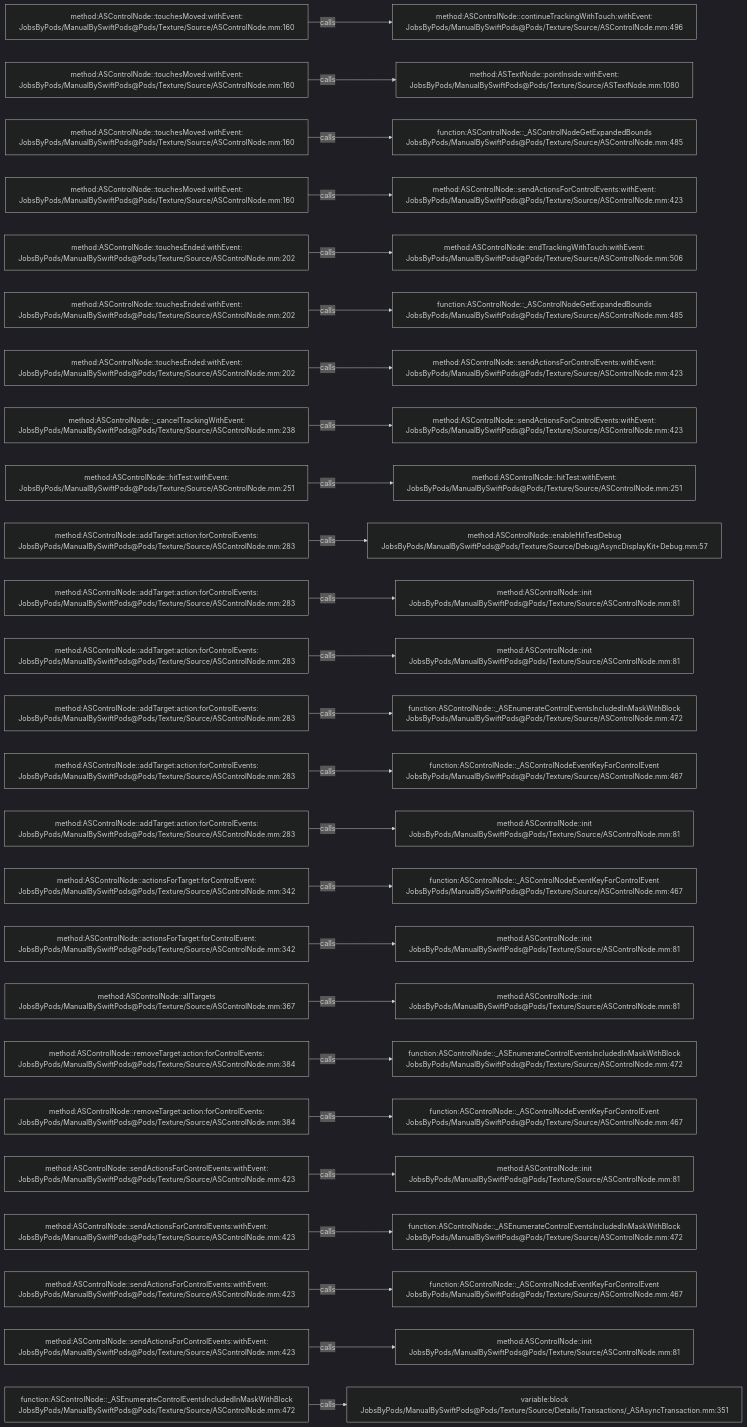
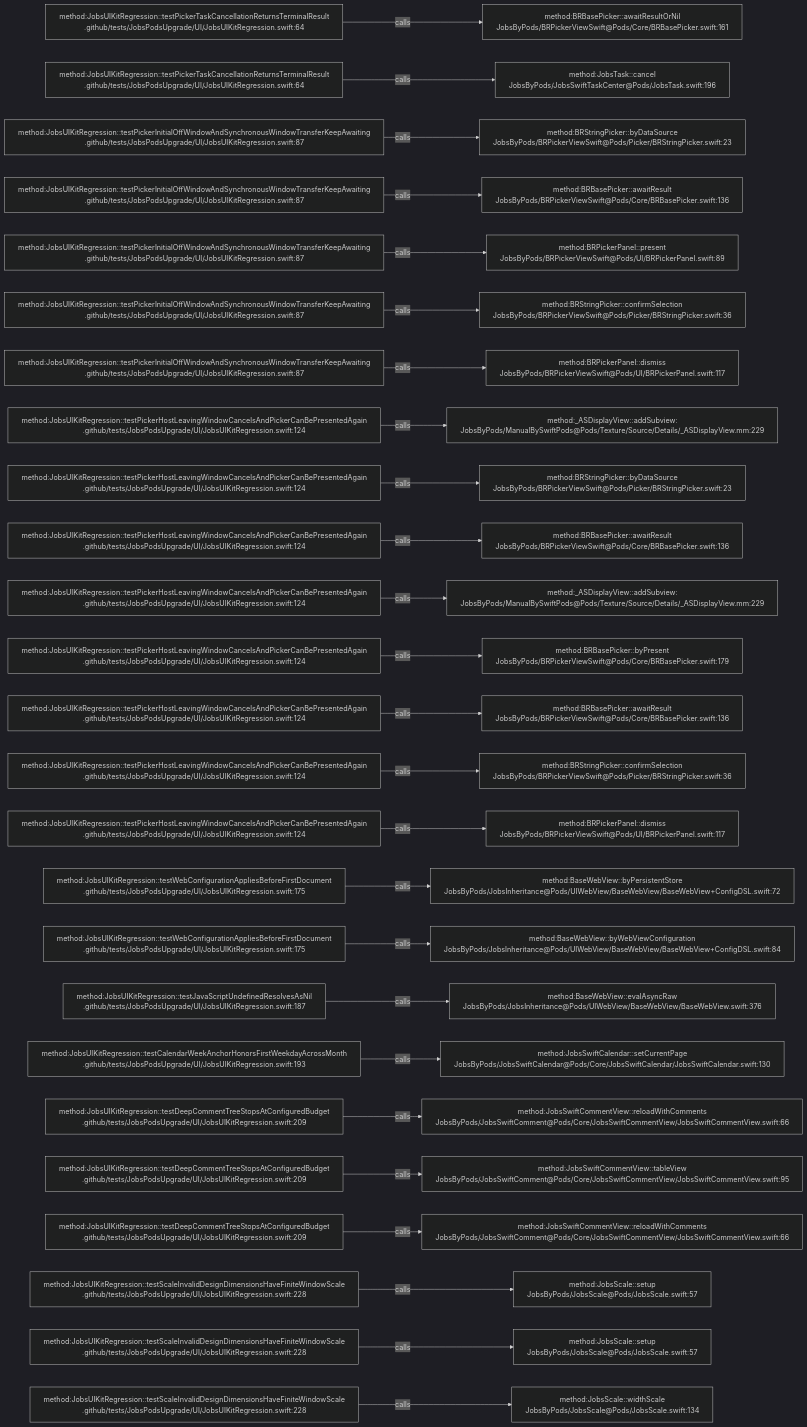
Before and after one commit to JobsKits/JobsSwiftBaseConfigDemo: the diagram in .codegraph/codegraph.md/graphs/calls-017.md, drawn with Mermaid (dark theme). The commit also changed 224 other files, not shown here.

````diff
--- a/.codegraph/codegraph.md/graphs/calls-017.md
+++ b/.codegraph/codegraph.md/graphs/calls-017.md
@@ -13,78 +13,78 @@
 ```mermaid
 flowchart LR
-  S1["method:ASControlNode::touchesMoved:withEvent:<br/>JobsByPods/ManualBySwiftPods@Pods/Texture/Source/ASControlNode.mm:160"]
-  T1["method:ASControlNode::continueTrackingWithTouch:withEvent:<br/>JobsByPods/ManualBySwiftPods@Pods/Texture/Source/ASControlNode.mm:496"]
+  S1["method:JobsUIKitRegression::testPickerTaskCancellationReturnsTerminalResult<br/>.github/tests/JobsPodsUpgrade/UI/JobsUIKitRegression.swift:64"]
+  T1["method:BRBasePicker::awaitResultOrNil<br/>JobsByPods/BRPickerViewSwift@Pods/Core/BRBasePicker.swift:161"]
   S1 -->|calls| T1
-  S2["method:ASControlNode::touchesMoved:withEvent:<br/>JobsByPods/ManualBySwiftPods@Pods/Texture/Source/ASControlNode.mm:160"]
-  T2["method:ASTextNode::pointInside:withEvent:<br/>JobsByPods/ManualBySwiftPods@Pods/Texture/Source/ASTextNode.mm:1080"]
+  S2["method:JobsUIKitRegression::testPickerTaskCancellationReturnsTerminalResult<br/>.github/tests/JobsPodsUpgrade/UI/JobsUIKitRegression.swift:64"]
+  T2["method:JobsTask::cancel<br/>JobsByPods/JobsSwiftTaskCenter@Pods/JobsTask.swift:196"]
   S2 -->|calls| T2
-  S3["method:ASControlNode::touchesMoved:withEvent:<br/>JobsByPods/ManualBySwiftPods@Pods/Texture/Source/ASControlNode.mm:160"]
-  T3["function:ASControlNode::_ASControlNodeGetExpandedBounds<br/>JobsByPods/ManualBySwiftPods@Pods/Texture/Source/ASControlNode.mm:485"]
+  S3["method:JobsUIKitRegression::testPickerInitialOffWindowAndSynchronousWindowTransferKeepAwaiting<br/>.github/tests/JobsPodsUpgrade/UI/JobsUIKitRegression.swift:87"]
+  T3["method:BRStringPicker::byDataSource<br/>JobsByPods/BRPickerViewSwift@Pods/Picker/BRStringPicker.swift:23"]
   S3 -->|calls| T3
-  S4["method:ASControlNode::touchesMoved:withEvent:<br/>JobsByPods/ManualBySwiftPods@Pods/Texture/Source/ASControlNode.mm:160"]
-  T4["method:ASControlNode::sendActionsForControlEvents:withEvent:<br/>JobsByPods/ManualBySwiftPods@Pods/Texture/Source/ASControlNode.mm:423"]
+  S4["method:JobsUIKitRegression::testPickerInitialOffWindowAndSynchronousWindowTransferKeepAwaiting<br/>.github/tests/JobsPodsUpgrade/UI/JobsUIKitRegression.swift:87"]
+  T4["method:BRBasePicker::awaitResult<br/>JobsByPods/BRPickerViewSwift@Pods/Core/BRBasePicker.swift:136"]
   S4 -->|calls| T4
-  S5["method:ASControlNode::touchesEnded:withEvent:<br/>JobsByPods/ManualBySwiftPods@Pods/Texture/Source/ASControlNode.mm:202"]
-  T5["method:ASControlNode::endTrackingWithTouch:withEvent:<br/>JobsByPods/ManualBySwiftPods@Pods/Texture/Source/ASControlNode.mm:506"]
+  S5["method:JobsUIKitRegression::testPickerInitialOffWindowAndSynchronousWindowTransferKeepAwaiting<br/>.github/tests/JobsPodsUpgrade/UI/JobsUIKitRegression.swift:87"]
+  T5["method:BRPickerPanel::present<br/>JobsByPods/BRPickerViewSwift@Pods/UI/BRPickerPanel.swift:89"]
   S5 -->|calls| T5
-  S6["method:ASControlNode::touchesEnded:withEvent:<br/>JobsByPods/ManualBySwiftPods@Pods/Texture/Source/ASControlNode.mm:202"]
-  T6["function:ASControlNode::_ASControlNodeGetExpandedBounds<br/>JobsByPods/ManualBySwiftPods@Pods/Texture/Source/ASControlNode.mm:485"]
+  S6["method:JobsUIKitRegression::testPickerInitialOffWindowAndSynchronousWindowTransferKeepAwaiting<br/>.github/tests/JobsPodsUpgrade/UI/JobsUIKitRegression.swift:87"]
+  T6["method:BRStringPicker::confirmSelection<br/>JobsByPods/BRPickerViewSwift@Pods/Picker/BRStringPicker.swift:36"]
   S6 -->|calls| T6
-  S7["method:ASControlNode::touchesEnded:withEvent:<br/>JobsByPods/ManualBySwiftPods@Pods/Texture/Source/ASControlNode.mm:202"]
-  T7["method:ASControlNode::sendActionsForControlEvents:withEvent:<br/>JobsByPods/ManualBySwiftPods@Pods/Texture/Source/ASControlNode.mm:423"]
+  S7["method:JobsUIKitRegression::testPickerInitialOffWindowAndSynchronousWindowTransferKeepAwaiting<br/>.github/tests/JobsPodsUpgrade/UI/JobsUIKitRegression.swift:87"]
+  T7["method:BRPickerPanel::dismiss<br/>JobsByPods/BRPickerViewSwift@Pods/UI/BRPickerPanel.swift:117"]
   S7 -->|calls| T7
-  S8["method:ASControlNode::_cancelTrackingWithEvent:<br/>JobsByPods/ManualBySwiftPods@Pods/Texture/Source/ASControlNode.mm:238"]
-  T8["method:ASControlNode::sendActionsForControlEvents:withEvent:<br/>JobsByPods/ManualBySwiftPods@Pods/Texture/Source/ASControlNode.mm:423"]
+  S8["method:JobsUIKitRegression::testPickerHostLeavingWindowCancelsAndPickerCanBePresentedAgain<br/>.github/tests/JobsPodsUpgrade/UI/JobsUIKitRegression.swift:124"]
+  T8["method:_ASDisplayView::addSubview:<br/>JobsByPods/ManualBySwiftPods@Pods/Texture/Source/Details/_ASDisplayView.mm:229"]
   S8 -->|calls| T8
-  S9["method:ASControlNode::hitTest:withEvent:<br/>JobsByPods/ManualBySwiftPods@Pods/Texture/Source/ASControlNode.mm:251"]
-  T9["method:ASControlNode::hitTest:withEvent:<br/>JobsByPods/ManualBySwiftPods@Pods/Texture/Source/ASControlNode.mm:251"]
+  S9["method:JobsUIKitRegression::testPickerHostLeavingWindowCancelsAndPickerCanBePresentedAgain<br/>.github/tests/JobsPodsUpgrade/UI/JobsUIKitRegression.swift:124"]
+  T9["method:BRStringPicker::byDataSource<br/>JobsByPods/BRPickerViewSwift@Pods/Picker/BRStringPicker.swift:23"]
   S9 -->|calls| T9
-  S10["method:ASControlNode::addTarget:action:forControlEvents:<br/>JobsByPods/ManualBySwiftPods@Pods/Texture/Source/ASControlNode.mm:283"]
-  T10["method:ASControlNode::enableHitTestDebug<br/>JobsByPods/ManualBySwiftPods@Pods/Texture/Source/Debug/AsyncDisplayKit+Debug.mm:57"]
+  S10["method:JobsUIKitRegression::testPickerHostLeavingWindowCancelsAndPickerCanBePresentedAgain<br/>.github/tests/JobsPodsUpgrade/UI/JobsUIKitRegression.swift:124"]
+  T10["method:BRBasePicker::awaitResult<br/>JobsByPods/BRPickerViewSwift@Pods/Core/BRBasePicker.swift:136"]
   S10 -->|calls| T10
-  S11["method:ASControlNode::addTarget:action:forControlEvents:<br/>JobsByPods/ManualBySwiftPods@Pods/Texture/Source/ASControlNode.mm:283"]
-  T11["method:ASControlNode::init<br/>JobsByPods/ManualBySwiftPods@Pods/Texture/Source/ASControlNode.mm:81"]
+  S11["method:JobsUIKitRegression::testPickerHostLeavingWindowCancelsAndPickerCanBePresentedAgain<br/>.github/tests/JobsPodsUpgrade/UI/JobsUIKitRegression.swift:124"]
+  T11["method:_ASDisplayView::addSubview:<br/>JobsByPods/ManualBySwiftPods@Pods/Texture/Source/Details/_ASDisplayView.mm:229"]
   S11 -->|calls| T11
-  S12["method:ASControlNode::addTarget:action:forControlEvents:<br/>JobsByPods/ManualBySwiftPods@Pods/Texture/Source/ASControlNode.mm:283"]
-  T12["method:ASControlNode::init<br/>JobsByPods/ManualBySwiftPods@Pods/Texture/Source/ASControlNode.mm:81"]
+  S12["method:JobsUIKitRegression::testPickerHostLeavingWindowCancelsAndPickerCanBePresentedAgain<br/>.github/tests/JobsPodsUpgrade/UI/JobsUIKitRegression.swift:124"]
+  T12["method:BRBasePicker::byPresent<br/>JobsByPods/BRPickerViewSwift@Pods/Core/BRBasePicker.swift:179"]
   S12 -->|calls| T12
-  S13["method:ASControlNode::addTarget:action:forControlEvents:<br/>JobsByPods/ManualBySwiftPods@Pods/Texture/Source/ASControlNode.mm:283"]
-  T13["function:ASControlNode::_ASEnumerateControlEventsIncludedInMaskWithBlock<br/>JobsByPods/ManualBySwiftPods@Pods/Texture/Source/ASControlNode.mm:472"]
+  S13["method:JobsUIKitRegression::testPickerHostLeavingWindowCancelsAndPickerCanBePresentedAgain<br/>.github/tests/JobsPodsUpgrade/UI/JobsUIKitRegression.swift:124"]
+  T13["method:BRBasePicker::awaitResult<br/>JobsByPods/BRPickerViewSwift@Pods/Core/BRBasePicker.swift:136"]
   S13 -->|calls| T13
-  S14["method:ASControlNode::addTarget:action:forControlEvents:<br/>JobsByPods/ManualBySwiftPods@Pods/Texture/Source/ASControlNode.mm:283"]
-  T14["function:ASControlNode::_ASControlNodeEventKeyForControlEvent<br/>JobsByPods/ManualBySwiftPods@Pods/Texture/Source/ASControlNode.mm:467"]
+  S14["method:JobsUIKitRegression::testPickerHostLeavingWindowCancelsAndPickerCanBePresentedAgain<br/>.github/tests/JobsPodsUpgrade/UI/JobsUIKitRegression.swift:124"]
+  T14["method:BRStringPicker::confirmSelection<br/>JobsByPods/BRPickerViewSwift@Pods/Picker/BRStringPicker.swift:36"]
   S14 -->|calls| T14
-  S15["method:ASControlNode::addTarget:action:forControlEvents:<br/>JobsByPods/ManualBySwiftPods@Pods/Texture/Source/ASControlNode.mm:283"]
-  T15["method:ASControlNode::init<br/>JobsByPods/ManualBySwiftPods@Pods/Texture/Source/ASControlNode.mm:81"]
+  S15["method:JobsUIKitRegression::testPickerHostLeavingWindowCancelsAndPickerCanBePresentedAgain<br/>.github/tests/JobsPodsUpgrade/UI/JobsUIKitRegression.swift:124"]
+  T15["method:BRPickerPanel::dismiss<br/>JobsByPods/BRPickerViewSwift@Pods/UI/BRPickerPanel.swift:117"]
   S15 -->|calls| T15
-  S16["method:ASControlNode::actionsForTarget:forControlEvent:<br/>JobsByPods/ManualBySwiftPods@Pods/Texture/Source/ASControlNode.mm:342"]
-  T16["function:ASControlNode::_ASControlNodeEventKeyForControlEvent<br/>JobsByPods/ManualBySwiftPods@Pods/Texture/Source/ASControlNode.mm:467"]
+  S16["method:JobsUIKitRegression::testWebConfigurationAppliesBeforeFirstDocument<br/>.github/tests/JobsPodsUpgrade/UI/JobsUIKitRegression.swift:175"]
+  T16["method:BaseWebView::byPersistentStore<br/>JobsByPods/JobsInheritance@Pods/UIWebView/BaseWebView/BaseWebView+ConfigDSL.swift:72"]
   S16 -->|calls| T16
-  S17["method:ASControlNode::actionsForTarget:forControlEvent:<br/>JobsByPods/ManualBySwiftPods@Pods/Texture/Source/ASControlNode.mm:342"]
-  T17["method:ASControlNode::init<br/>JobsByPods/ManualBySwiftPods@Pods/Texture/Source/ASControlNode.mm:81"]
+  S17["method:JobsUIKitRegression::testWebConfigurationAppliesBeforeFirstDocument<br/>.github/tests/JobsPodsUpgrade/UI/JobsUIKitRegression.swift:175"]
+  T17["method:BaseWebView::byWebViewConfiguration<br/>JobsByPods/JobsInheritance@Pods/UIWebView/BaseWebView/BaseWebView+ConfigDSL.swift:84"]
   S17 -->|calls| T17
-  S18["method:ASControlNode::allTargets<br/>JobsByPods/ManualBySwiftPods@Pods/Texture/Source/ASControlNode.mm:367"]
-  T18["method:ASControlNode::init<br/>JobsByPods/ManualBySwiftPods@Pods/Texture/Source/ASControlNode.mm:81"]
+  S18["method:JobsUIKitRegression::testJavaScriptUndefinedResolvesAsNil<br/>.github/tests/JobsPodsUpgrade/UI/JobsUIKitRegression.swift:187"]
+  T18["method:BaseWebView::evalAsyncRaw<br/>JobsByPods/JobsInheritance@Pods/UIWebView/BaseWebView/BaseWebView.swift:376"]
   S18 -->|calls| T18
-  S19["method:ASControlNode::removeTarget:action:forControlEvents:<br/>JobsByPods/ManualBySwiftPods@Pods/Texture/Source/ASControlNode.mm:384"]
-  T19["function:ASControlNode::_ASEnumerateControlEventsIncludedInMaskWithBlock<br/>JobsByPods/ManualBySwiftPods@Pods/Texture/Source/ASControlNode.mm:472"]
+  S19["method:JobsUIKitRegression::testCalendarWeekAnchorHonorsFirstWeekdayAcrossMonth<br/>.github/tests/JobsPodsUpgrade/UI/JobsUIKitRegression.swift:193"]
+  T19["method:JobsSwiftCalendar::setCurrentPage<br/>JobsByPods/JobsSwiftCalendar@Pods/Core/JobsSwiftCalendar/JobsSwiftCalendar.swift:130"]
   S19 -->|calls| T19
-  S20["method:ASControlNode::removeTarget:action:forControlEvents:<br/>JobsByPods/ManualBySwiftPods@Pods/Texture/Source/ASControlNode.mm:384"]
-  T20["function:ASControlNode::_ASControlNodeEventKeyForControlEvent<br/>JobsByPods/ManualBySwiftPods@Pods/Texture/Source/ASControlNode.mm:467"]
+  S20["method:JobsUIKitRegression::testDeepCommentTreeStopsAtConfiguredBudget<br/>.github/tests/JobsPodsUpgrade/UI/JobsUIKitRegression.swift:209"]
+  T20["method:JobsSwiftCommentView::reloadWithComments<br/>JobsByPods/JobsSwiftComment@Pods/Core/JobsSwiftCommentView/JobsSwiftCommentView.swift:66"]
   S20 -->|calls| T20
-  S21["method:ASControlNode::sendActionsForControlEvents:withEvent:<br/>JobsByPods/ManualBySwiftPods@Pods/Texture/Source/ASControlNode.mm:423"]
-  T21["method:ASControlNode::init<br/>JobsByPods/ManualBySwiftPods@Pods/Texture/Source/ASControlNode.mm:81"]
+  S21["method:JobsUIKitRegression::testDeepCommentTreeStopsAtConfiguredBudget<br/>.github/tests/JobsPodsUpgrade/UI/JobsUIKitRegression.swift:209"]
+  T21["method:JobsSwiftCommentView::tableView<br/>JobsByPods/JobsSwiftComment@Pods/Core/JobsSwiftCommentView/JobsSwiftCommentView.swift:95"]
   S21 -->|calls| T21
-  S22["method:ASControlNode::sendActionsForControlEvents:withEvent:<br/>JobsByPods/ManualBySwiftPods@Pods/Texture/Source/ASControlNode.mm:423"]
-  T22["function:ASControlNode::_ASEnumerateControlEventsIncludedInMaskWithBlock<br/>JobsByPods/ManualBySwiftPods@Pods/Texture/Source/ASControlNode.mm:472"]
+  S22["method:JobsUIKitRegression::testDeepCommentTreeStopsAtConfiguredBudget<br/>.github/tests/JobsPodsUpgrade/UI/JobsUIKitRegression.swift:209"]
+  T22["method:JobsSwiftCommentView::reloadWithComments<br/>JobsByPods/JobsSwiftComment@Pods/Core/JobsSwiftCommentView/JobsSwiftCommentView.swift:66"]
   S22 -->|calls| T22
-  S23["method:ASControlNode::sendActionsForControlEvents:withEvent:<br/>JobsByPods/ManualBySwiftPods@Pods/Texture/Source/ASControlNode.mm:423"]
-  T23["function:ASControlNode::_ASControlNodeEventKeyForControlEvent<br/>JobsByPods/ManualBySwiftPods@Pods/Texture/Source/ASControlNode.mm:467"]
+  S23["method:JobsUIKitRegression::testScaleInvalidDesignDimensionsHaveFiniteWindowScale<br/>.github/tests/JobsPodsUpgrade/UI/JobsUIKitRegression.swift:228"]
+  T23["method:JobsScale::setup<br/>JobsByPods/JobsScale@Pods/JobsScale.swift:57"]
   S23 -->|calls| T23
-  S24["method:ASControlNode::sendActionsForControlEvents:withEvent:<br/>JobsByPods/ManualBySwiftPods@Pods/Texture/Source/ASControlNode.mm:423"]
-  T24["method:ASControlNode::init<br/>JobsByPods/ManualBySwiftPods@Pods/Texture/Source/ASControlNode.mm:81"]
+  S24["method:JobsUIKitRegression::testScaleInvalidDesignDimensionsHaveFiniteWindowScale<br/>.github/tests/JobsPodsUpgrade/UI/JobsUIKitRegression.swift:228"]
+  T24["method:JobsScale::setup<br/>JobsByPods/JobsScale@Pods/JobsScale.swift:57"]
   S24 -->|calls| T24
-  S25["function:ASControlNode::_ASEnumerateControlEventsIncludedInMaskWithBlock<br/>JobsByPods/ManualBySwiftPods@Pods/Texture/Source/ASControlNode.mm:472"]
-  T25["variable:block<br/>JobsByPods/ManualBySwiftPods@Pods/Texture/Source/Details/Transactions/_ASAsyncTransaction.mm:351"]
+  S25["method:JobsUIKitRegression::testScaleInvalidDesignDimensionsHaveFiniteWindowScale<br/>.github/tests/JobsPodsUpgrade/UI/JobsUIKitRegression.swift:228"]
+  T25["method:JobsScale::widthScale<br/>JobsByPods/JobsScale@Pods/JobsScale.swift:134"]
   S25 -->|calls| T25
 ```
````
